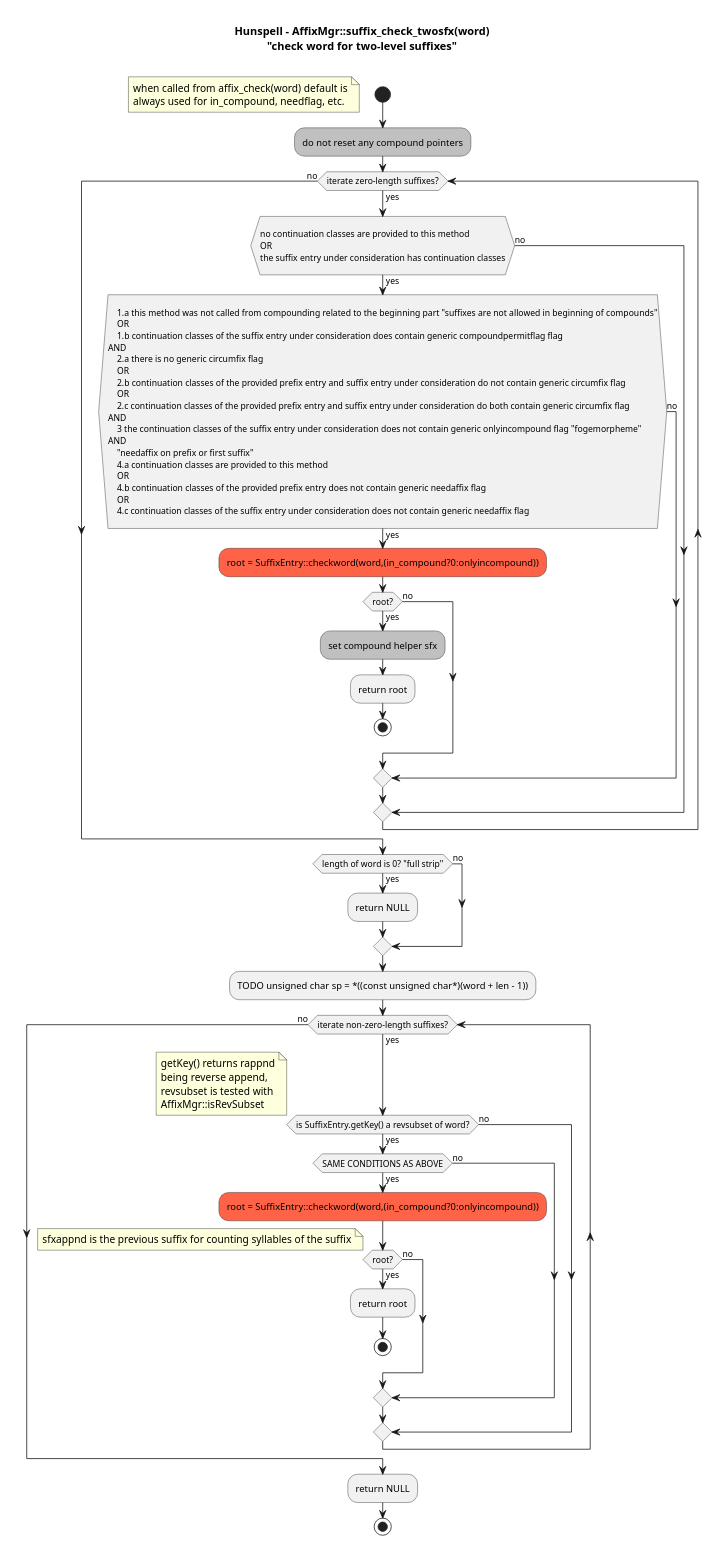
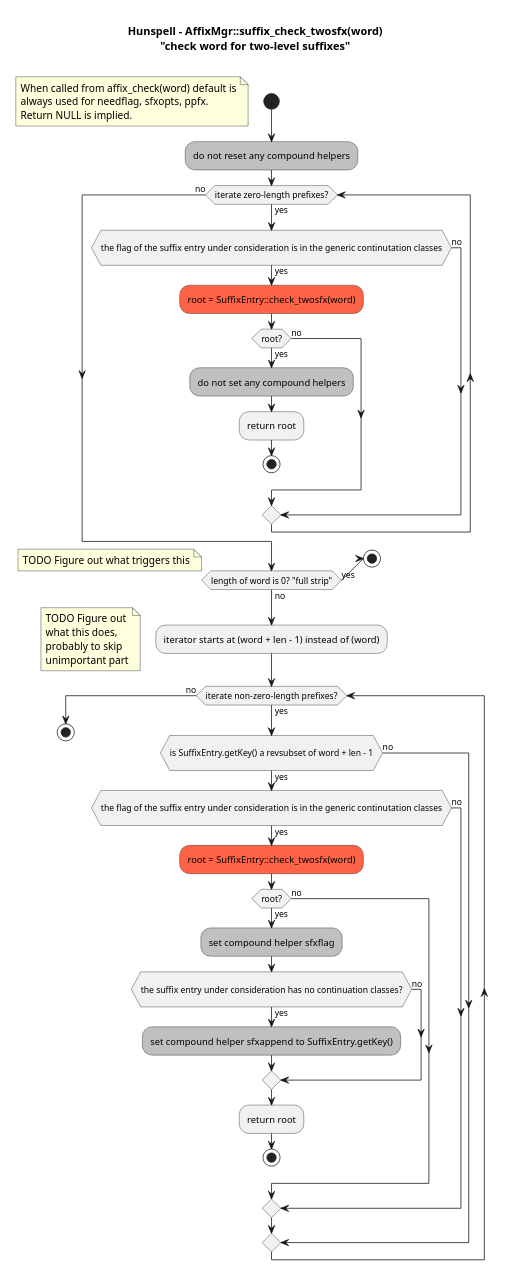
One commit to nuspell/misc-nuspell changed the diagram in uml/plantuml/suffix-check-twosfx-activity-diagram.pu. Above: the diagram before and after it, drawn with PlantUML. The commit also changed 9 other files, not shown here.

Commit message:
documentation of check_affix methods

```diff
--- a/uml/plantuml/suffix-check-twosfx-activity-diagram.pu
+++ b/uml/plantuml/suffix-check-twosfx-activity-diagram.pu
@@ -1,76 +1,62 @@
 @startuml
 skinparam backgroundcolor White|White
 
 title Hunspell - AffixMgr::suffix_check_twosfx(word)\n"check word for two-level suffixes"\n
 
 start
-floating note: when called from affix_check(word) default is\nalways used for in_compound, needflag, etc.
+floating note: When called from affix_check(word) default is\nalways used for needflag, sfxopts, ppfx.\nReturn NULL is implied.
 
-#silver:do not reset any compound pointers;
-while (iterate zero-length suffixes?) is (yes)
+#silver:do not reset any compound helpers;
+while (iterate zero-length prefixes?) is (yes)
 	if (
-no continuation classes are provided to this method
-OR
-the suffix entry under consideration has continuation classes
+the flag of the suffix entry under consideration is in the generic continutation classes
+	) then (yes)
+		#tomato:root = SuffixEntry::check_twosfx(word);
+		if (root?) then (yes)
+			#silver:do not set any compound helpers;
+			:return root;
+			stop
+		else (no)
+		endif
+	else (no)
+	endif
+endwhile (no)
+
+if (length of word is 0? "full strip") then (yes)
+	floating note: TODO Figure out what triggers this
+	stop
+else (no)
+endif
+
+:iterator starts at (word + len - 1) instead of (word);
+floating note: TODO Figure out\nwhat this does,\nprobably to skip\nunimportant part
+while (iterate non-zero-length prefixes?) is (yes)
+	if (
+is SuffixEntry.getKey() a revsubset of word + len - 1
 	) then (yes)
 		if (
-    1.a this method was not called from compounding related to the beginning part "suffixes are not allowed in beginning of compounds"
-    OR
-    1.b continuation classes of the suffix entry under consideration does contain generic compoundpermitflag flag
-AND
-    2.a there is no generic circumfix flag
-    OR
-    2.b continuation classes of the provided prefix entry and suffix entry under consideration do not contain generic circumfix flag
-    OR
-    2.c continuation classes of the provided prefix entry and suffix entry under consideration do both contain generic circumfix flag	
-AND
-    3 the continuation classes of the suffix entry under consideration does not contain generic onlyincompound flag "fogemorpheme"
-AND
-    "needaffix on prefix or first suffix"
-    4.a continuation classes are provided to this method
-    OR
-    4.b continuation classes of the provided prefix entry does not contain generic needaffix flag
-    OR
-    4.c continuation classes of the suffix entry under consideration does not contain generic needaffix flag
+the flag of the suffix entry under consideration is in the generic continutation classes
 		) then (yes)
-			#tomato:root = SuffixEntry::checkword(word,(in_compound?0:onlyincompound));
+			#tomato:root = SuffixEntry::check_twosfx(word);
 			if (root?) then (yes)
-				#silver:set compound helper sfx;
+				#silver:set compound helper sfxflag;
+				if (
+the suffix entry under consideration has no continuation classes?
+				) then (yes)
+					#silver:set compound helper sfxappend to SuffixEntry.getKey();
+				else (no)
+				endif
 				:return root;
 				stop
 			else (no)
 			endif
 		else (no)
 		endif
 	else (no)
 	endif
 endwhile (no)
 
-if (length of word is 0? "full strip") then (yes)
-	:return NULL;
-else (no)
-endif
-
-:TODO unsigned char sp = *((const unsigned char*)(word + len - 1));
-while (iterate non-zero-length suffixes?) is (yes)
-	if (is SuffixEntry.getKey() a revsubset of word?) then (yes)
-		floating note: getKey() returns rappnd\nbeing reverse append,\nrevsubset is tested with\nAffixMgr::isRevSubset
-		if (SAME CONDITIONS AS ABOVE) then (yes)
-			#tomato:root = SuffixEntry::checkword(word,(in_compound?0:onlyincompound));
-			if (root?) then (yes)
-				floating note: sfxappnd is the previous suffix for counting syllables of the suffix
-
-				:return root;
-				stop
-			else (no)
-			endif
-		else (no)
-		endif
-	else (no)
-	endif
-endwhile (no)
-
-:return NULL;
 stop
 
+
 @enduml
```
